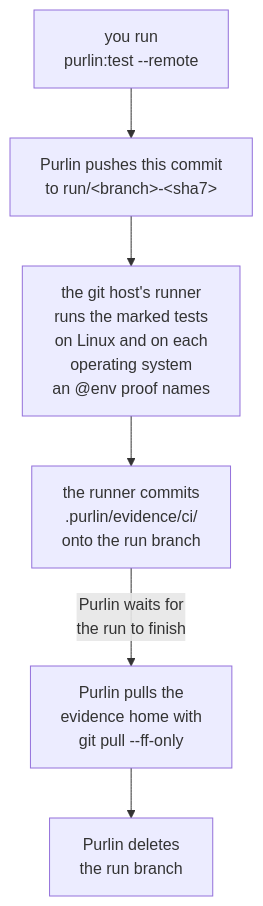
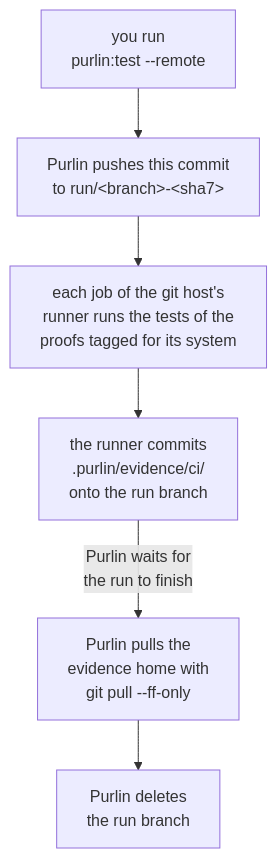
One commit to rlabarca/purlin changed the second of 2 diagrams in docs/running-and-evidence.md. Above: the diagram before and after it, drawn with Mermaid. The commit also changed other lines of this file and 6 other files, not shown here.

````diff
--- a/docs/running-and-evidence.md
+++ b/docs/running-and-evidence.md
@@ -317,8 +316,8 @@
 ```mermaid
 flowchart TD
     Y["you run<br>purlin:test --remote"] --> P["Purlin pushes this commit<br>to run/#lt;branch#gt;-#lt;sha7#gt;"]
-    P --> R["the git host's runner<br>runs the marked tests<br>on Linux and on each<br>operating system<br>an @env proof names"]
+    P --> R["each job of the git host's<br>runner runs the tests of the<br>proofs tagged for its system"]
     R --> C["the runner commits<br>.purlin/evidence/ci/<br>onto the run branch"]
     C -->|"Purlin waits for<br>the run to finish"| H["Purlin pulls the<br>evidence home with<br>git pull --ff-only"]
     H --> D["Purlin deletes<br>the run branch"]
 ```
````
